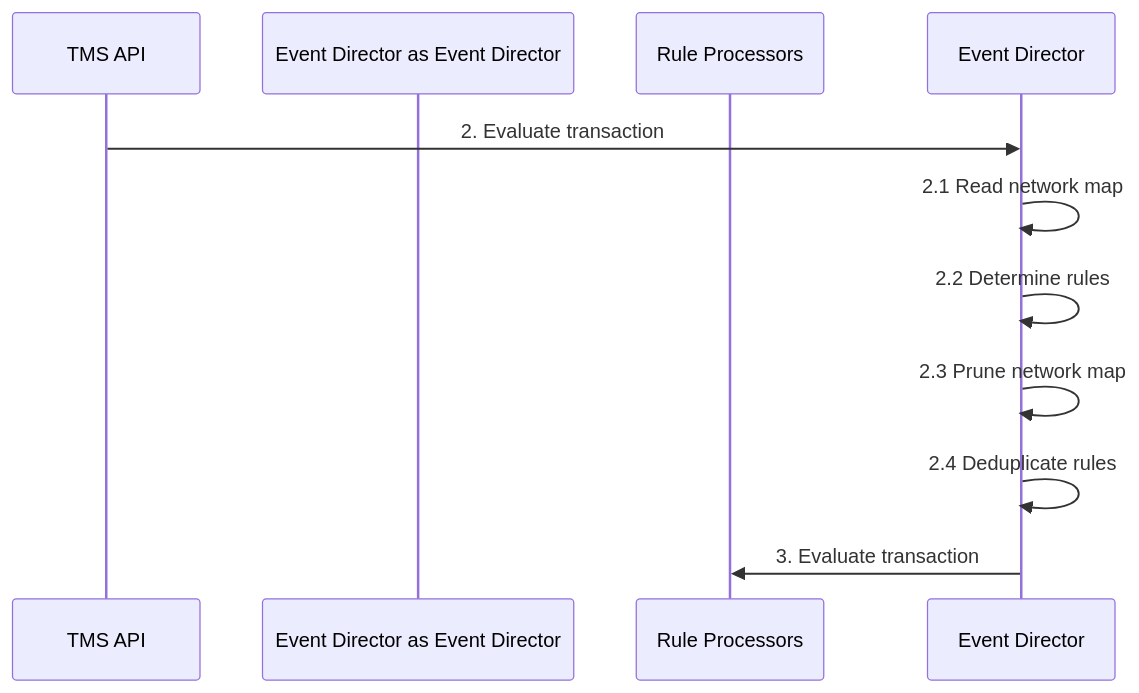
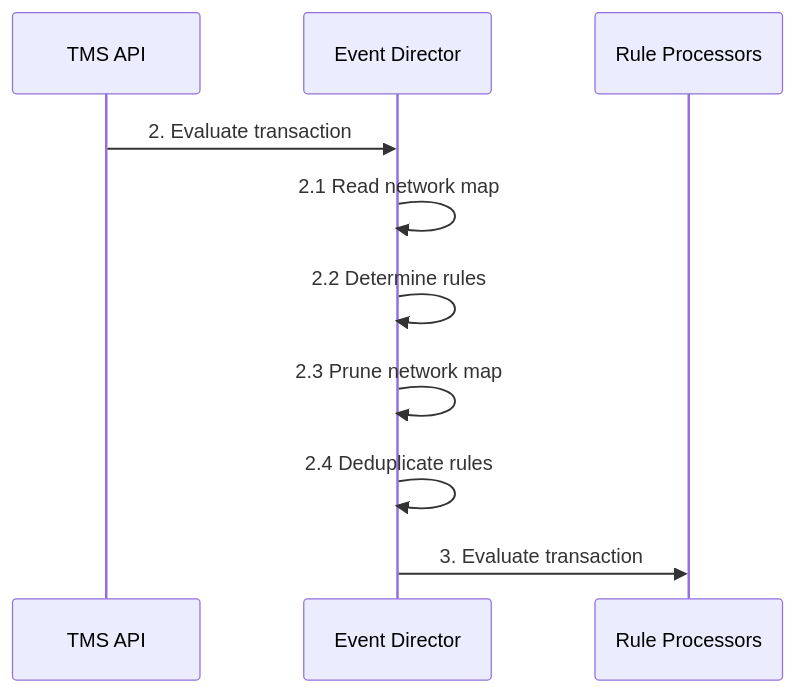
Before and after one commit to tazama-lf/docs: the first of 2 diagrams in Product/event-director.md, drawn with Mermaid. The commit also changed 4 other files, not shown here.

````diff
--- a/Product/event-director.md
+++ b/Product/event-director.md
@@ -24,13 +24,13 @@
 ```mermaid
 sequenceDiagram
   participant tmsapi as TMS API
-  participant Event Director as Event Director
+  participant ed as Event Director
   participant rules as Rule Processors
 
-  tmsapi->>Event Director: 2. Evaluate transaction
-  Event Director->>Event Director: 2.1 Read network map
-  Event Director->>Event Director: 2.2 Determine rules
-  Event Director->>Event Director: 2.3 Prune network map
-  Event Director->>Event Director: 2.4 Deduplicate rules
-  Event Director->>rules: 3. Evaluate transaction
+  tmsapi->>ed: 2. Evaluate transaction
+  ed->>ed: 2.1 Read network map
+  ed->>ed: 2.2 Determine rules
+  ed->>ed: 2.3 Prune network map
+  ed->>ed: 2.4 Deduplicate rules
+  ed->>rules: 3. Evaluate transaction
 ```
````
